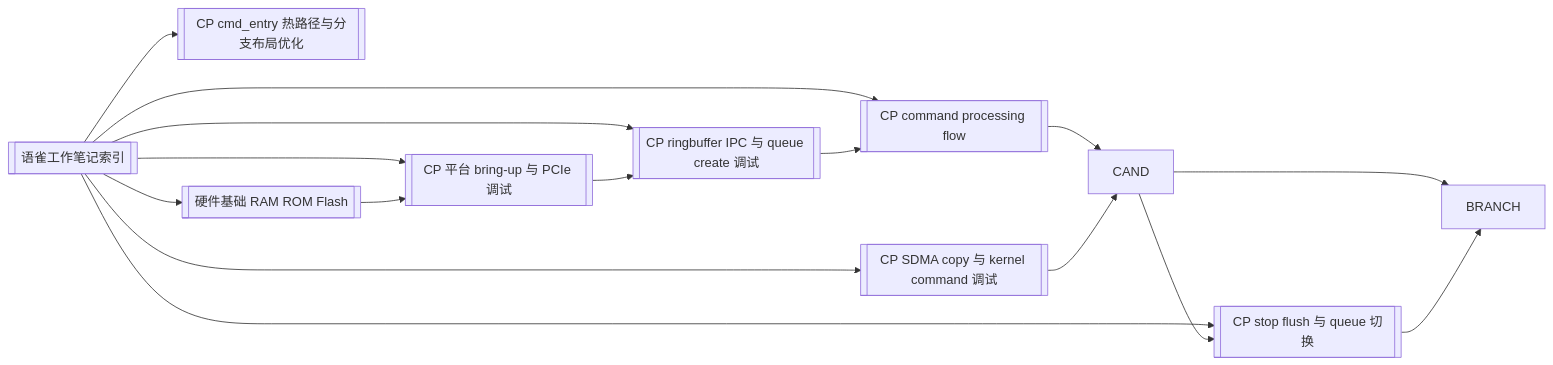
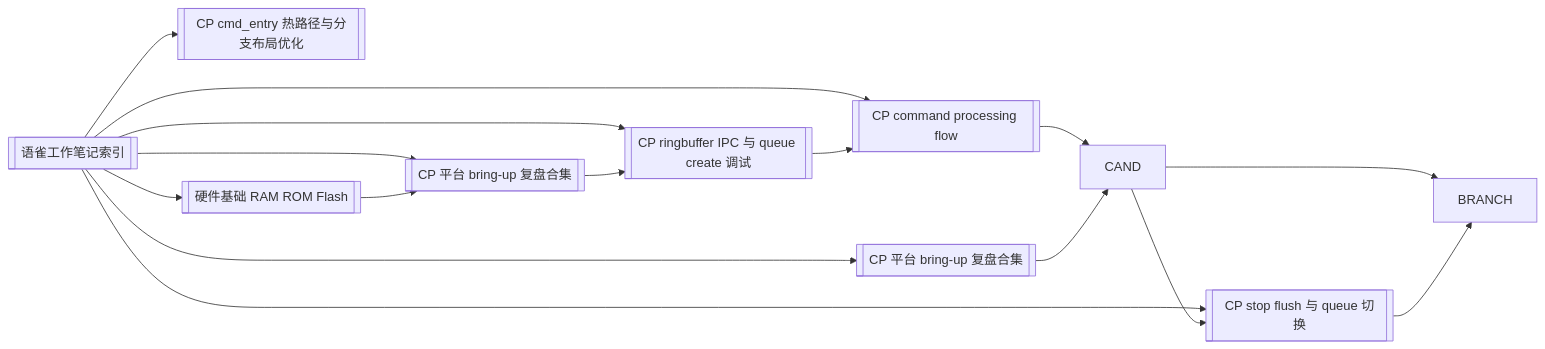
One commit to shuaishuaiZhu-ai/Know_any changed the diagram in wiki/synthesis/语雀工作笔记知识图谱.md. Above: the diagram before and after it, drawn with Mermaid. The commit also changed other lines of this file and 219 other files, not shown here.

````diff
--- a/wiki/synthesis/语雀工作笔记知识图谱.md
+++ b/wiki/synthesis/语雀工作笔记知识图谱.md
@@ -26,20 +26,20 @@
 ```mermaid
 graph LR
   SRC[[语雀工作笔记索引]]
-  SRC --> BRINGUP[[CP 平台 bring-up 与 PCIe 调试]]
+  SRC --> BRINGUP[[CP 平台 bring-up 复盘合集]]
   SRC --> MCQD[[CP command processing flow]]
   SRC --> RB[[CP ringbuffer IPC 与 queue create 调试]]
   SRC --> PERF[[CP cmd_entry 热路径与分支布局优化]]
   SRC --> SF[[CP stop flush 与 queue 切换]]
-  SRC --> SDMA[[CP SDMA copy 与 kernel command 调试]]
+  SRC --> SDMA[[CP 平台 bring-up 复盘合集]]
   SRC --> HW[[硬件基础 RAM ROM Flash]]
 
   BRINGUP --> RB
   RB --> MCQD
   MCQD --> CAND
   CAND --> SF
   CAND --> BRANCH
   SF --> BRANCH
   SDMA --> CAND
   HW --> BRINGUP
 ```
````
